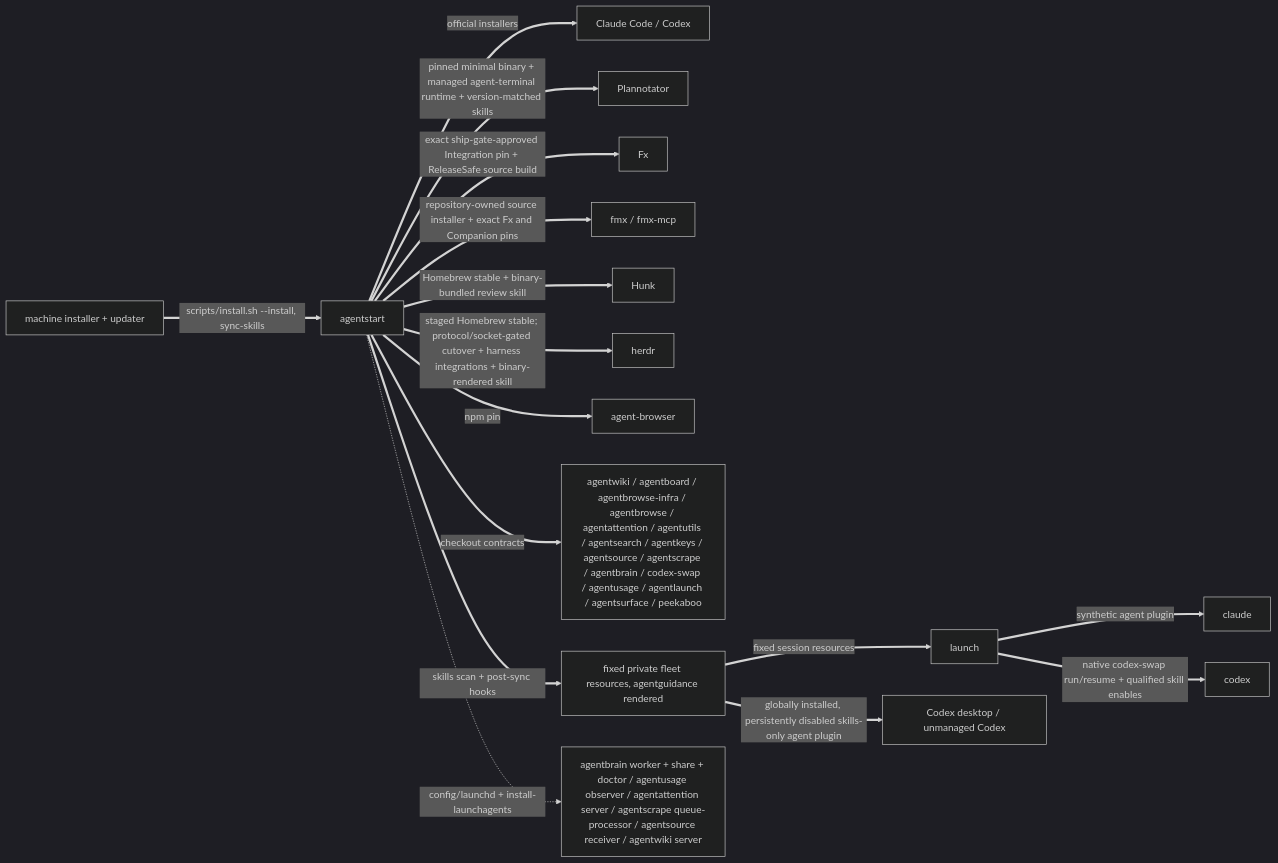
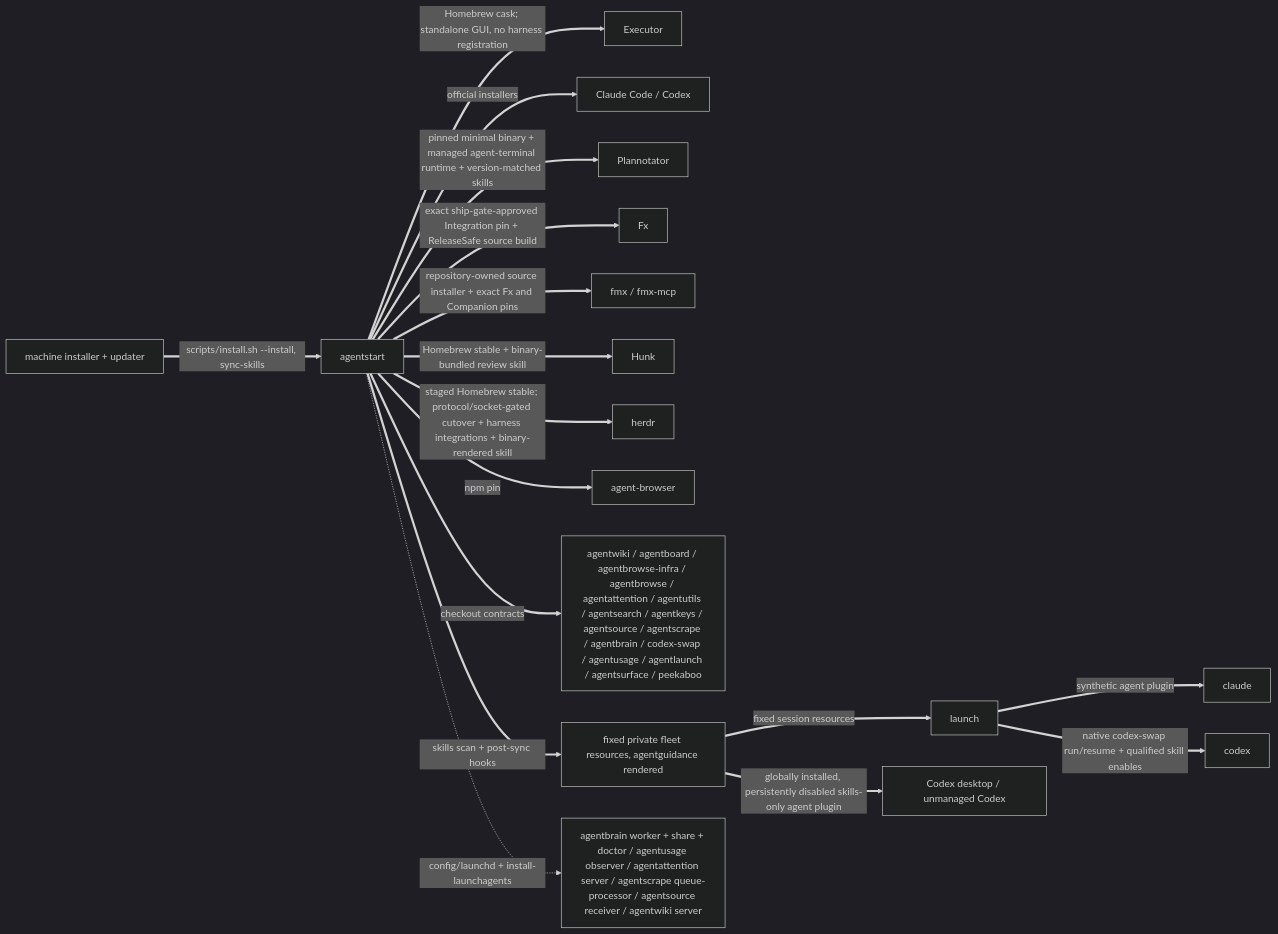
The second of 3 diagrams in skills/fleet/MAP.md (possibilities/agentstart), drawn with Mermaid (dark theme) before and after one commit. The commit also changed other lines of this file and 4 other files, not shown here.

Commit message:
Install Executor as a standalone desktop app

````diff
--- a/skills/fleet/MAP.md
+++ b/skills/fleet/MAP.md
@@ -82,21 +82,22 @@
 ```mermaid
 flowchart LR
     machine[machine installer + updater]
     start[agentstart]
 
     machine ==>|scripts/install.sh --install, sync-skills| start
+    start ==>|Homebrew cask; standalone GUI, no harness registration| executor[Executor]
     start ==>|official installers| harnesses[Claude Code / Codex]
     start ==>|pinned minimal binary + managed agent-terminal runtime + version-matched skills| plannotator[Plannotator]
     start ==>|exact ship-gate-approved Integration pin + ReleaseSafe source build| fx[Fx]
     start ==>|repository-owned source installer + exact Fx and Companion pins| fmxInstall[fmx / fmx-mcp]
     start ==>|Homebrew stable + binary-bundled review skill| hunk[Hunk]
     start ==>|staged Homebrew stable; protocol/socket-gated cutover + harness integrations + binary-rendered skill| herdrInstall[herdr]
     start ==>|npm pin| browser[agent-browser]
     start ==>|checkout contracts| fleet[agentwiki / agentboard / agentbrowse-infra / agentbrowse / agentattention / agentutils / agentsearch / agentkeys / agentsource / agentscrape / agentbrain / codex-swap / agentusage / agentlaunch / agentsurface / peekaboo]
     start ==>|skills scan + post-sync hooks| skills[fixed private fleet resources, agentguidance rendered]
     skills ==>|fixed session resources| launch
     launch ==>|synthetic agent plugin| claude
     launch ==>|native codex-swap run/resume + qualified skill enables| codex
     skills ==>|globally installed, persistently disabled skills-only agent plugin| codexDesktop[Codex desktop / unmanaged Codex]
     start -.->|config/launchd + install-launchagents| services[agentbrain worker + share + doctor / agentusage observer / agentattention server / agentscrape queue-processor / agentsource receiver / agentwiki server]
 ```
````
